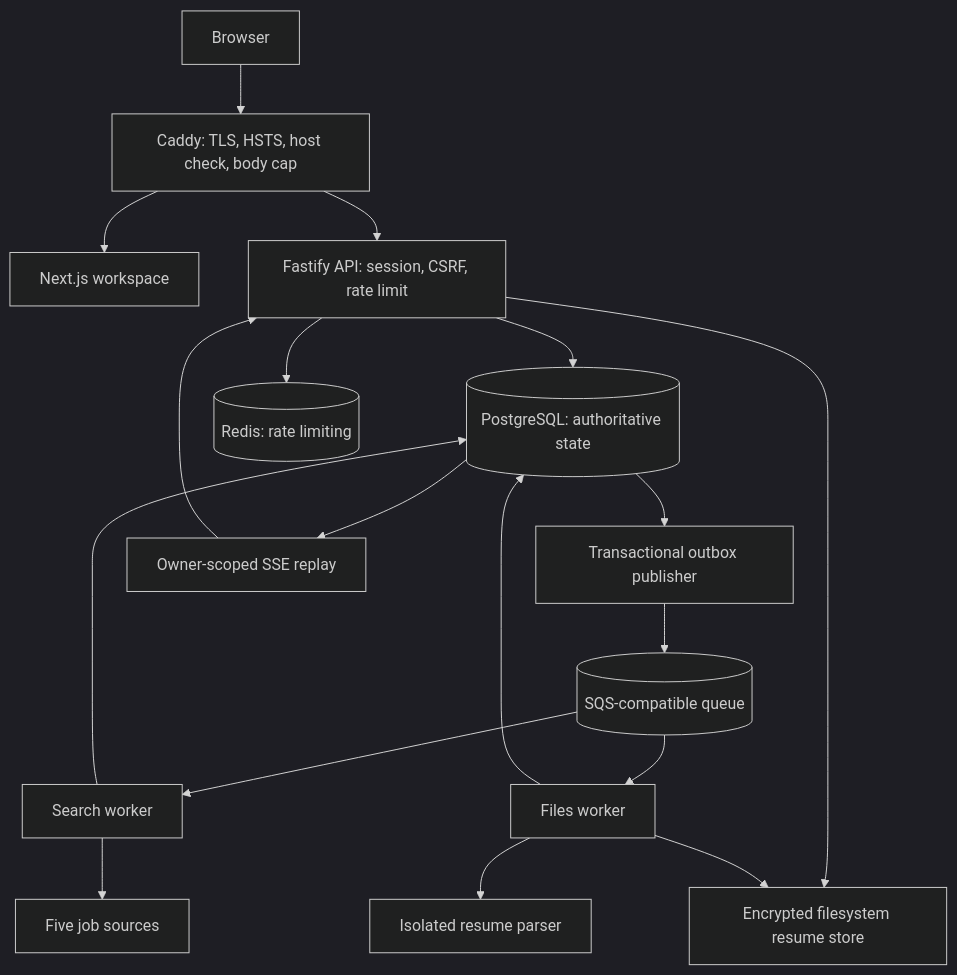
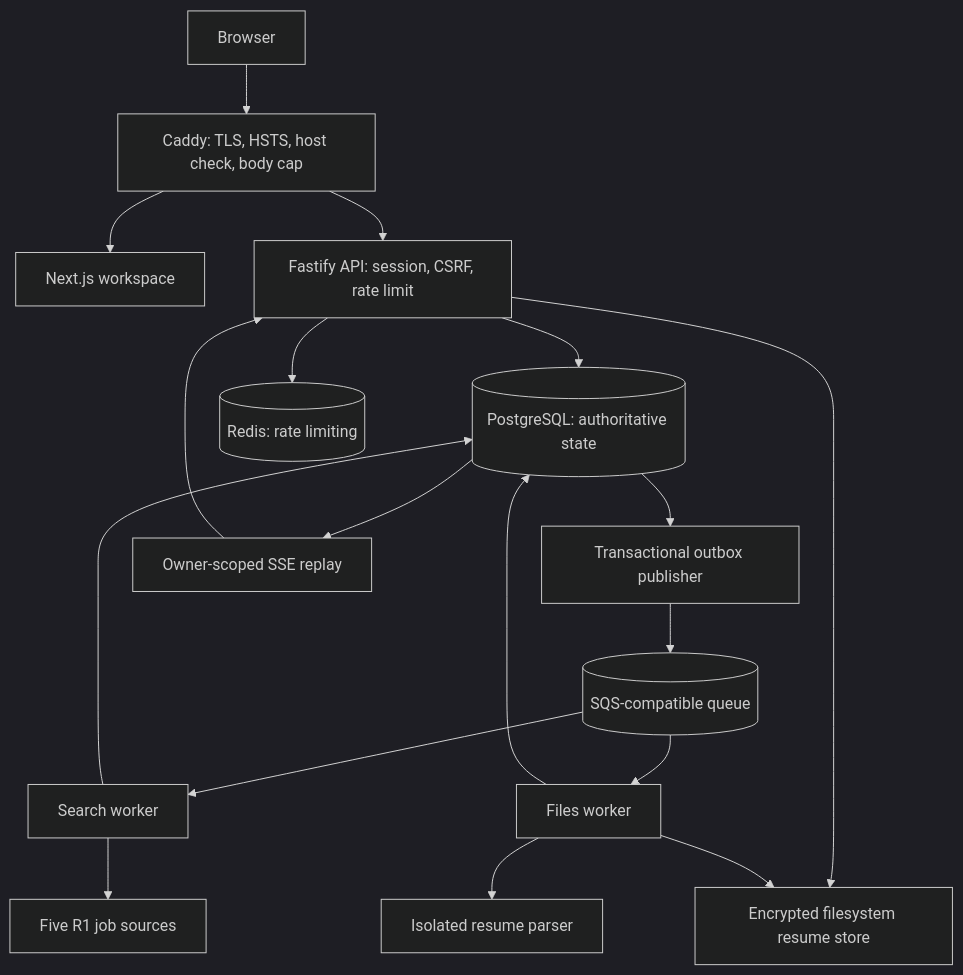
The first of 3 diagrams in docs/ARCHITECTURE.md (varunjakkampudi-tech/careerscope), drawn with Mermaid (dark theme) before and after one commit. The commit also changed 3 other files, not shown here.

````diff
--- a/docs/ARCHITECTURE.md
+++ b/docs/ARCHITECTURE.md
@@ -134,20 +134,20 @@
 ```mermaid
 flowchart TD
   Browser[Browser] --> Proxy[Caddy: TLS, HSTS, host check, body cap]
   Proxy --> Web[Next.js workspace]
   Proxy --> API[Fastify API: session, CSRF, rate limit]
   API --> PG[(PostgreSQL: authoritative state)]
   API --> Throttle[(Redis: rate limiting)]
   API --> Objects[Encrypted filesystem resume store]
   PG --> Publisher[Transactional outbox publisher]
   Publisher --> Queue[(SQS-compatible queue)]
   Queue --> Search[Search worker]
   Queue --> Files[Files worker]
-  Search --> Providers[Five job sources]
+  Search --> Providers[Five R1 job sources]
   Search --> PG
   Files --> Parser[Isolated resume parser]
   Files --> Objects
   Files --> PG
   PG --> Events[Owner-scoped SSE replay]
   Events --> API
 ```
````
